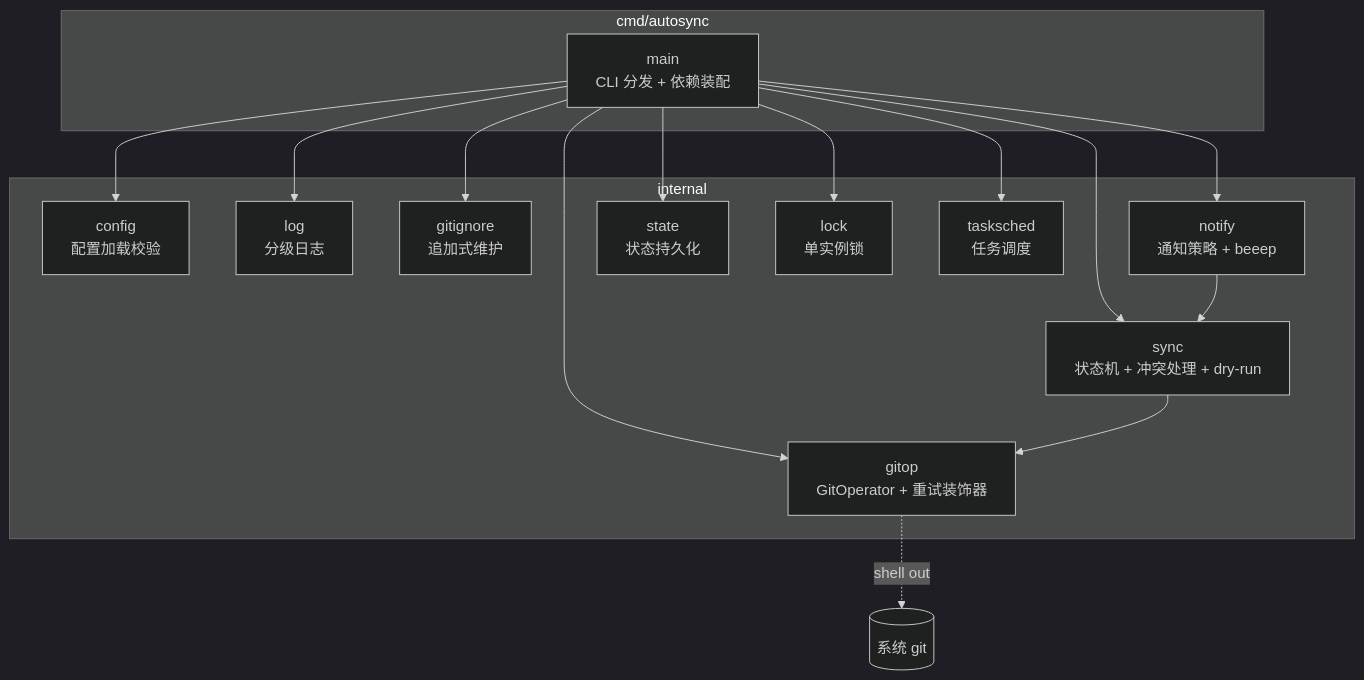
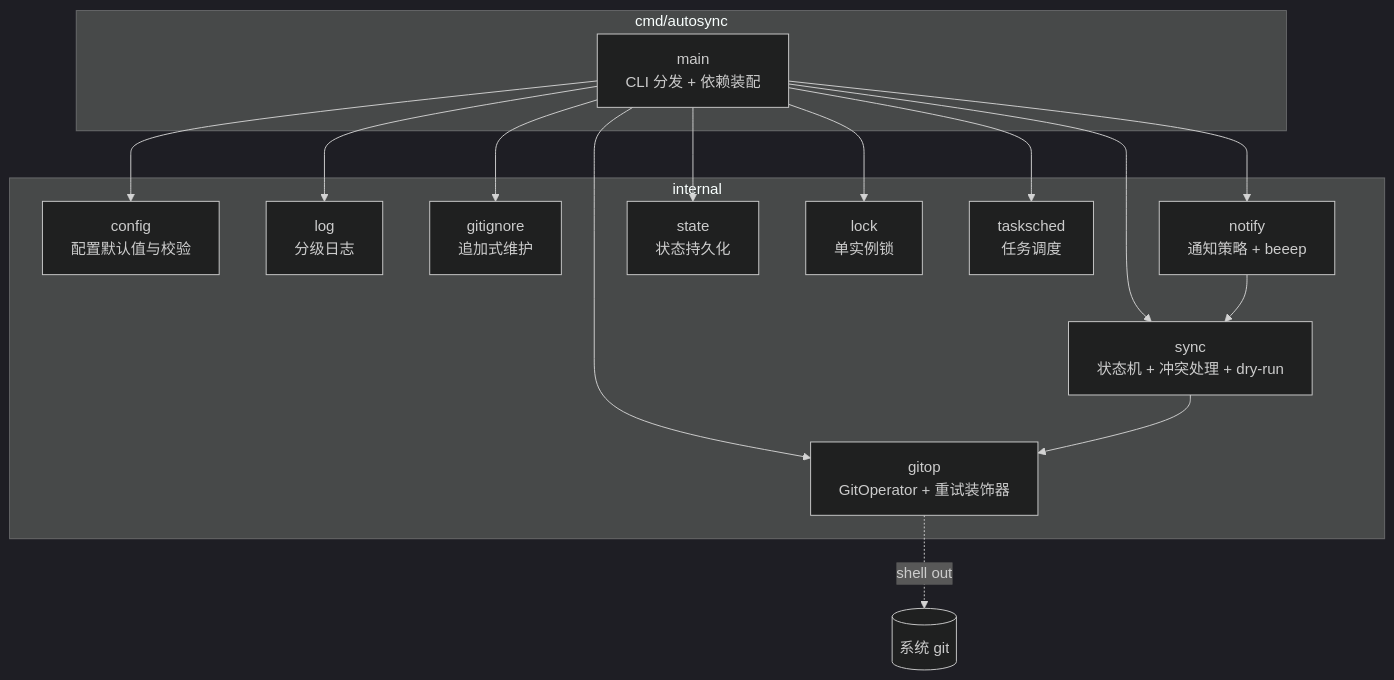
One commit to int2t05/AutoSync changed the first of 4 diagrams in docs/tech.md. Above: the diagram before and after it, drawn with Mermaid (dark theme). The commit also changed other lines of this file and 31 other files, not shown here.

````diff
--- a/docs/tech.md
+++ b/docs/tech.md
@@ -7,21 +7,21 @@
 ```mermaid
 flowchart TB
   subgraph cmd[cmd/autosync]
     MAIN[main<br/>CLI 分发 + 依赖装配]
   end
   subgraph internal[internal]
-    CFG[config<br/>配置加载校验]
+    CFG[config<br/>配置默认值与校验]
     LOG[log<br/>分级日志]
     GI[gitignore<br/>追加式维护]
     GOP[gitop<br/>GitOperator + 重试装饰器]
     SYNC[sync<br/>状态机 + 冲突处理 + dry-run]
     NOTIFY[notify<br/>通知策略 + beeep]
     STATE[state<br/>状态持久化]
     LOCK[lock<br/>单实例锁]
     TASKSCHED[tasksched<br/>任务调度]
   end
   MAIN --> CFG & LOG & GI & GOP & SYNC & NOTIFY & STATE & LOCK & TASKSCHED
   SYNC --> GOP
   NOTIFY --> SYNC
   GOP -.shell out.-> GIT[(系统 git)]
 ```
````
